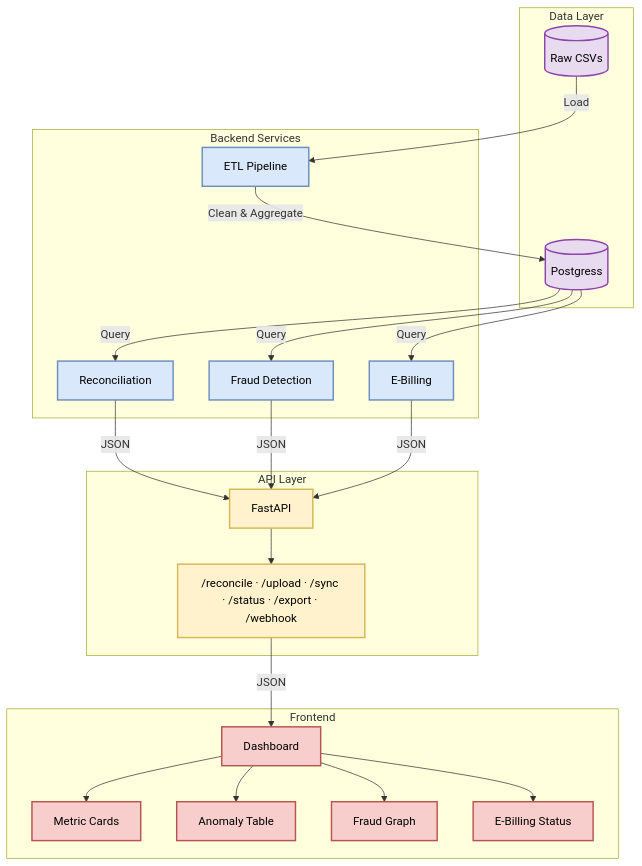
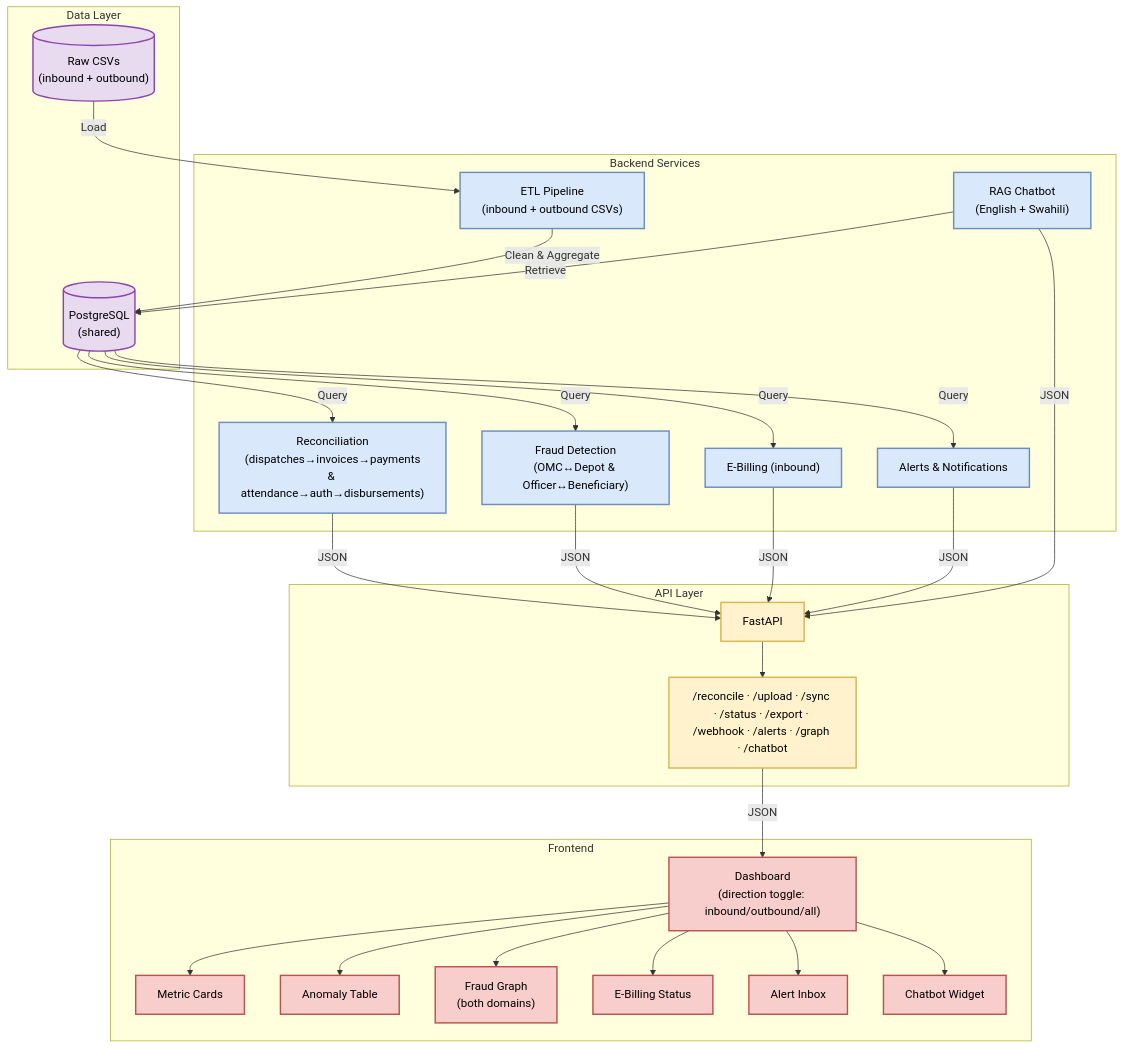
The diagram in README.md (TristanBrian/revenue-assurance), drawn with Mermaid before and after one commit. The commit also changed other lines of this file, not shown here.

Commit message:
docs: comprehensive README with Hackathon 2 linkup, chatbot, and demo logins

````diff
--- a/README.md
+++ b/README.md
@@ -25,54 +143,64 @@
 ```mermaid
 graph TD
     subgraph Data_Layer["Data Layer"]
-        CSV[("Raw CSVs")]
-        DB[("Postgress")]
+        CSV[("Raw CSVs\n(inbound + outbound)")]
+        DB[("PostgreSQL\n(shared)")]
     end
 
     subgraph Service_Layer["Backend Services"]
-        ETL["ETL Pipeline"]
-        Recon["Reconciliation"]
-        Fraud["Fraud Detection"]
-        EBill["E-Billing"]
+        ETL["ETL Pipeline\n(inbound + outbound CSVs)"]
+        Recon["Reconciliation\n(dispatches→invoices→payments\n& attendance→auth→disbursements)"]
+        Fraud["Fraud Detection\n(OMC↔Depot & Officer↔Beneficiary)"]
+        EBill["E-Billing (inbound)"]
+        Alerts["Alerts & Notifications"]
+        RAG["RAG Chatbot\n(English + Swahili)"]
     end
 
     subgraph API_Layer["API Layer"]
         API["FastAPI"]
-        Routes["/reconcile · /upload · /sync · /status · /export · /webhook"]
+        Routes["/reconcile · /upload · /sync · /status · /export · /webhook · /alerts · /graph · /chatbot"]
     end
 
     subgraph UI_Layer["Frontend"]
-        Dashboard["Dashboard"]
+        Dashboard["Dashboard\n(direction toggle: inbound/outbound/all)"]
         Cards["Metric Cards"]
         Table["Anomaly Table"]
-        Graph["Fraud Graph"]
+        Graph["Fraud Graph\n(both domains)"]
         EBillUI["E-Billing Status"]
+        AlertsUI["Alert Inbox"]
+        ChatbotUI["Chatbot Widget"]
     end
 
     CSV -->|Load| ETL
     ETL -->|Clean & Aggregate| DB
     DB -->|Query| Recon
     DB -->|Query| Fraud
     DB -->|Query| EBill
+    DB -->|Query| Alerts
+    RAG -->|Retrieve| DB
 
     Recon -->|JSON| API
     Fraud -->|JSON| API
     EBill -->|JSON| API
+    Alerts -->|JSON| API
+    RAG -->|JSON| API
     API --> Routes
 
     Routes -->|JSON| Dashboard
     Dashboard --> Cards
     Dashboard --> Table
     Dashboard --> Graph
     Dashboard --> EBillUI
+    Dashboard --> AlertsUI
+    Dashboard --> ChatbotUI
 
     classDef data fill:#e8daef,stroke:#8e44ad,stroke-width:2px,color:#000
     classDef service fill:#dae8fc,stroke:#6c8ebf,stroke-width:2px,color:#000
     classDef api fill:#fff2cc,stroke:#d6b656,stroke-width:2px,color:#000
     classDef ui fill:#f8cecc,stroke:#b85450,stroke-width:2px,color:#000
 
     class CSV,DB data
-    class ETL,Recon,Fraud,EBill service
+    class ETL,Recon,Fraud,EBill,Alerts,RAG service
     class API,Routes api
-    class Dashboard,Cards,Table,Graph,EBillUI ui
+    class Dashboard,Cards,Table,Graph,EBillUI,AlertsUI,ChatbotUI ui
 ```
````
